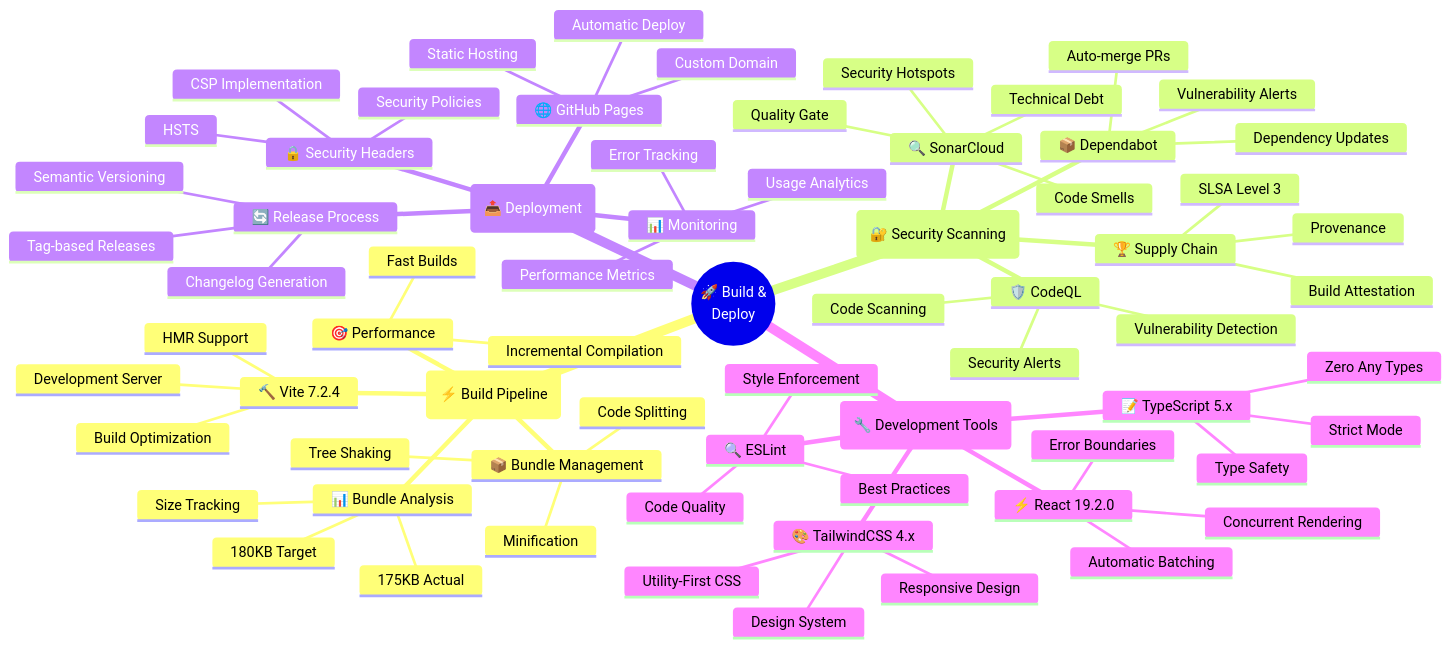
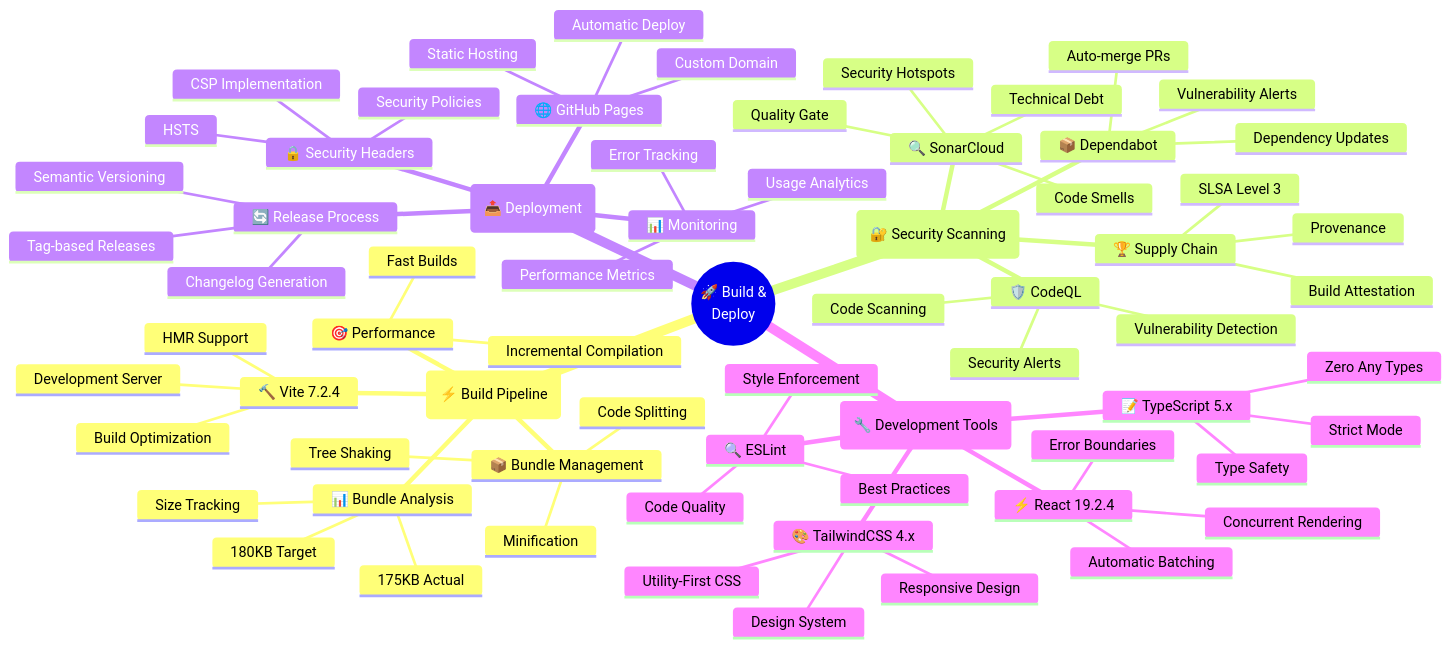
Before and after one commit to Hack23/cia-compliance-manager: the sixth of 13 diagrams in docs/architecture/MINDMAP.md, drawn with Mermaid. The commit also changed other lines of this file and 7 other files, not shown here.

Commit message:
Update versions and dates across MINDMAP, THREAT_MODEL, WORKFLOWS, FLOWCHART, STATEDIAGRAM, DATA_MODEL, SECURITY_ARCHITECTURE, CRA-ASSESSMENT

````diff
--- a/docs/architecture/MINDMAP.md
+++ b/docs/architecture/MINDMAP.md
@@ -553,72 +553,72 @@
 ```mermaid
 mindmap
   root((🚀 Build &<br/>Deploy))
     (⚡ Build Pipeline)
       🔨 Vite 7.2.4
         Development Server
         HMR Support
         Build Optimization
       📦 Bundle Management
         Code Splitting
         Tree Shaking
         Minification
       📊 Bundle Analysis
         Size Tracking
         175KB Actual
         180KB Target
       🎯 Performance
         Fast Builds
         Incremental Compilation
     (🔐 Security Scanning)
       🔍 SonarCloud
         Quality Gate
         Security Hotspots
         Code Smells
         Technical Debt
       🛡️ CodeQL
         Vulnerability Detection
         Code Scanning
         Security Alerts
       📦 Dependabot
         Dependency Updates
         Vulnerability Alerts
         Auto-merge PRs
       🏆 Supply Chain
         SLSA Level 3
         Build Attestation
         Provenance
     (📤 Deployment)
       🌐 GitHub Pages
         Static Hosting
         Automatic Deploy
         Custom Domain
       🔒 Security Headers
         CSP Implementation
         HSTS
         Security Policies
       📊 Monitoring
         Performance Metrics
         Error Tracking
         Usage Analytics
       🔄 Release Process
         Semantic Versioning
         Changelog Generation
         Tag-based Releases
     (🔧 Development Tools)
       📝 TypeScript 5.x
         Strict Mode
         Type Safety
         Zero Any Types
       🎨 TailwindCSS 4.x
         Utility-First CSS
         Design System
         Responsive Design
-      ⚡ React 19.2.0
+      ⚡ React 19.2.4
         Concurrent Rendering
         Error Boundaries
         Automatic Batching
       🔍 ESLint
         Code Quality
         Style Enforcement
         Best Practices
 ```
````
